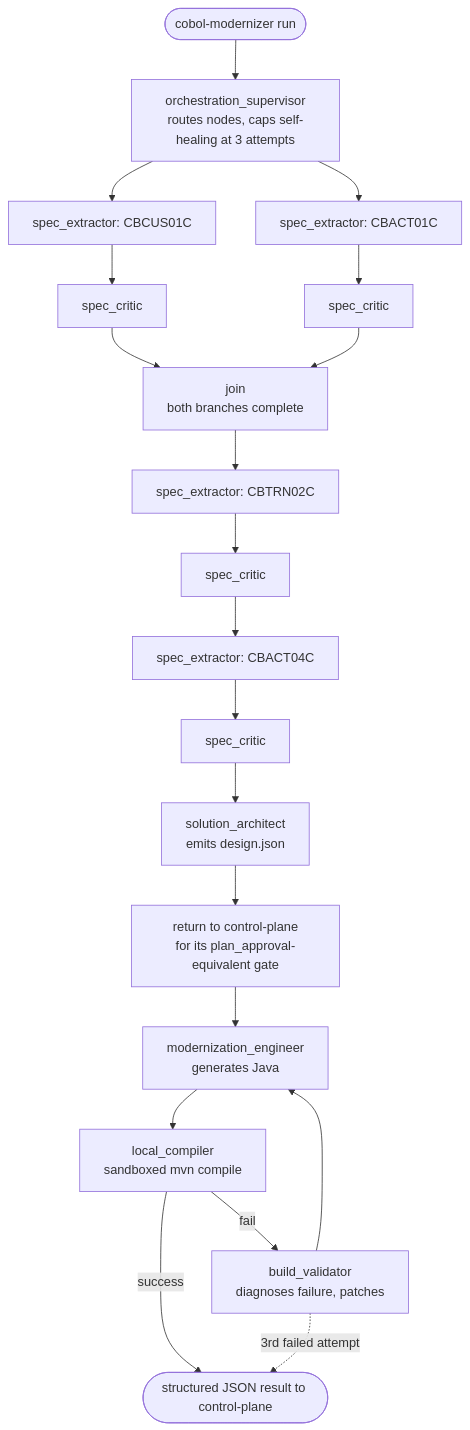
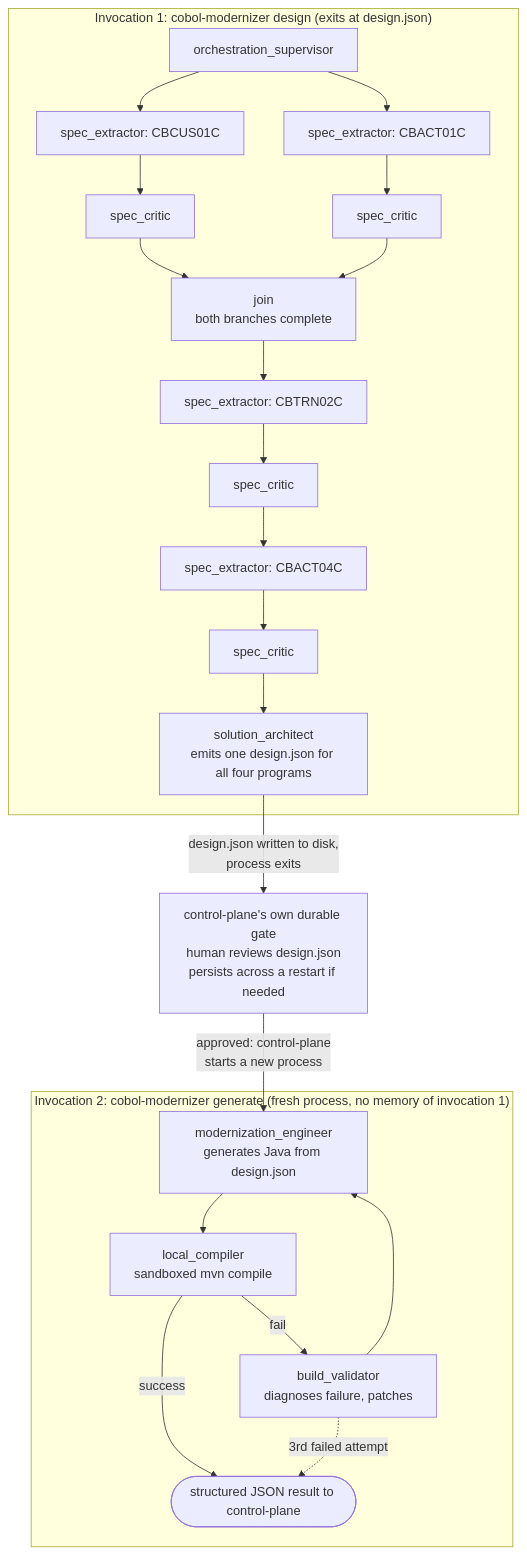
One commit to jayakumar-devaraj/agentic-sdlc-cobol-modernizer changed the second of 2 diagrams in README.md. Above: the diagram before and after it, drawn with Mermaid. The commit also changed other lines of this file and 3 other files, not shown here.

First line of the commit message:
Fix a real design flaw: split the CLI into design/generate phases

````diff
--- a/README.md
+++ b/README.md
@@ -54,32 +58,37 @@
 ```mermaid
 flowchart TB
-    START(["cobol-modernizer run"])
-    SUP["orchestration_supervisor<br/>routes nodes, caps self-healing at 3 attempts"]
+    subgraph phase1["Invocation 1: cobol-modernizer design (exits at design.json)"]
+        SUP1["orchestration_supervisor"]
+        SPEC_CUS["spec_extractor: CBCUS01C"]
+        SPEC_ACT["spec_extractor: CBACT01C"]
+        CRIT_CUS["spec_critic"]
+        CRIT_ACT["spec_critic"]
+        JOIN["join<br/>both branches complete"]
+        SPEC_TRN["spec_extractor: CBTRN02C"]
+        CRIT_TRN["spec_critic"]
+        SPEC_INT["spec_extractor: CBACT04C"]
+        CRIT_INT["spec_critic"]
+        ARCH["solution_architect<br/>emits one design.json for all four programs"]
 
-    SPEC_CUS["spec_extractor: CBCUS01C"]
-    SPEC_ACT["spec_extractor: CBACT01C"]
-    CRIT_CUS["spec_critic"]
-    CRIT_ACT["spec_critic"]
-    JOIN["join<br/>both branches complete"]
+        SUP1 --> SPEC_CUS --> CRIT_CUS --> JOIN
+        SUP1 --> SPEC_ACT --> CRIT_ACT --> JOIN
+        JOIN --> SPEC_TRN --> CRIT_TRN --> SPEC_INT --> CRIT_INT --> ARCH
+    end
 
-    SPEC_TRN["spec_extractor: CBTRN02C"]
-    CRIT_TRN["spec_critic"]
-    SPEC_INT["spec_extractor: CBACT04C"]
-    CRIT_INT["spec_critic"]
+    GATE["control-plane's own durable gate<br/>human reviews design.json<br/>persists across a restart if needed"]
 
-    ARCH["solution_architect<br/>emits design.json"]
-    RETURN1["return to control-plane<br/>for its plan_approval-equivalent gate"]
-    CODE["modernization_engineer<br/>generates Java"]
-    COMPILE["local_compiler<br/>sandboxed mvn compile"]
-    VALID["build_validator<br/>diagnoses failure, patches"]
-    DONE(["structured JSON result to control-plane"])
+    subgraph phase2["Invocation 2: cobol-modernizer generate (fresh process, no memory of invocation 1)"]
+        CODE["modernization_engineer<br/>generates Java from design.json"]
+        COMPILE["local_compiler<br/>sandboxed mvn compile"]
+        VALID["build_validator<br/>diagnoses failure, patches"]
+        DONE(["structured JSON result to control-plane"])
 
-    START --> SUP
-    SUP --> SPEC_CUS --> CRIT_CUS --> JOIN
-    SUP --> SPEC_ACT --> CRIT_ACT --> JOIN
-    JOIN --> SPEC_TRN --> CRIT_TRN --> SPEC_INT --> CRIT_INT --> ARCH
-    ARCH --> RETURN1 --> CODE --> COMPILE
-    COMPILE -->|"success"| DONE
-    COMPILE -->|"fail"| VALID --> CODE
-    VALID -.->|"3rd failed attempt"| DONE
+        CODE --> COMPILE
+        COMPILE -->|"success"| DONE
+        COMPILE -->|"fail"| VALID --> CODE
+        VALID -.->|"3rd failed attempt"| DONE
+    end
+
+    ARCH -->|"design.json written to disk,<br/>process exits"| GATE
+    GATE -->|"approved: control-plane<br/>starts a new process"| CODE
 ```
````
